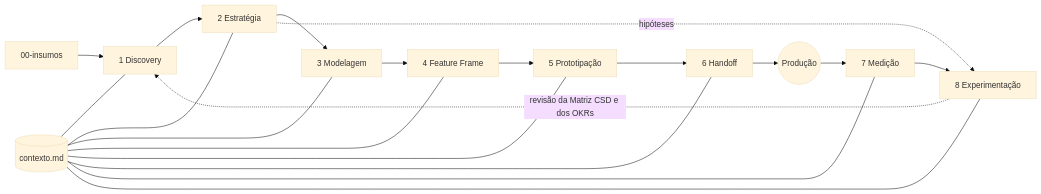
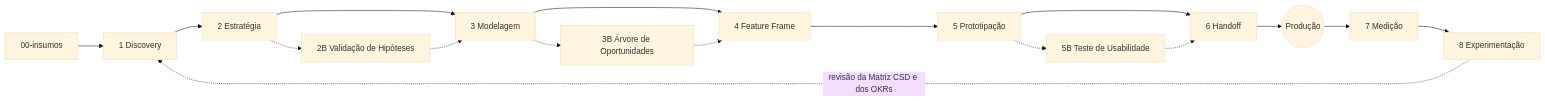
The diagram in docs/mapa-da-esteira.md (viniciusvasques1981/Discovery), drawn with Mermaid (base theme) before and after one commit. The commit also changed other lines of this file and 64 other files, not shown here.

````diff
--- a/docs/mapa-da-esteira.md
+++ b/docs/mapa-da-esteira.md
@@ -7,15 +7,19 @@
 ```mermaid
 flowchart LR
     I[00-insumos] --> M1[1 Discovery]
     M1 --> M2[2 Estratégia]
     M2 --> M3[3 Modelagem]
+    M2 -.-> V2[2B Validação de Hipóteses]
+    V2 -.-> M3
     M3 --> M4[4 Feature Frame]
+    M3 -.-> O3[3B Árvore de Oportunidades]
+    O3 -.-> M4
     M4 --> M5[5 Prototipação]
     M5 --> M6[6 Handoff]
+    M5 -.-> T5[5B Teste de Usabilidade]
+    T5 -.-> M6
     M6 --> P((Produção))
     P --> M7[7 Medição]
     M7 --> M8[8 Experimentação]
-    M2 -. hipóteses .-> M8
     M8 -. revisão da Matriz CSD e dos OKRs .-> M1
-    C[(contexto.md)] --- M1 & M2 & M3 & M4 & M5 & M6 & M7 & M8
 ```
````
